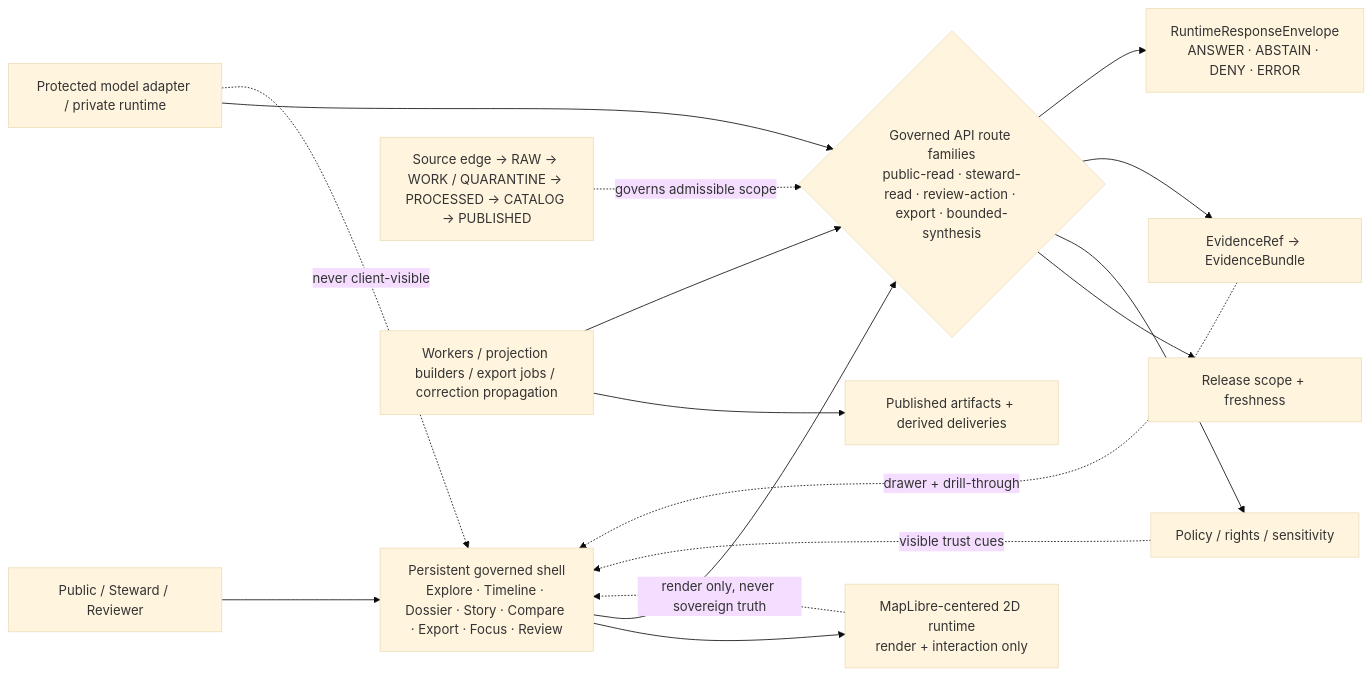
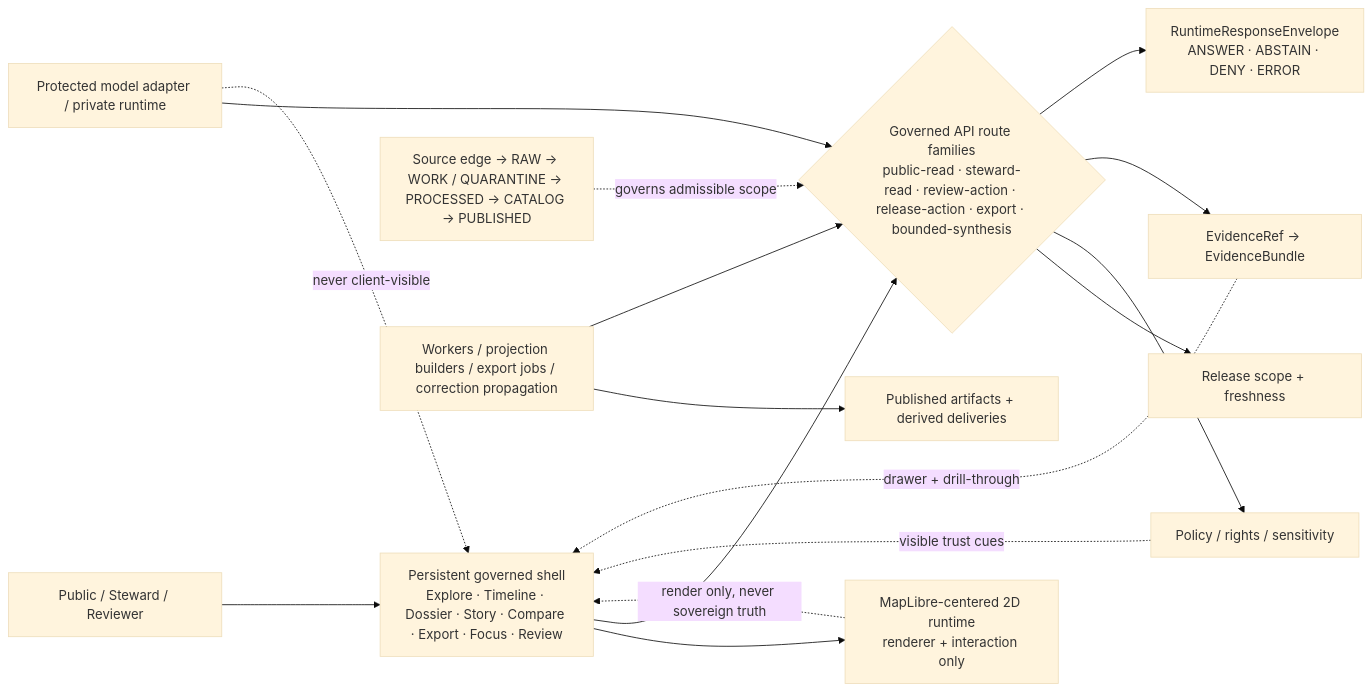
The diagram in apps/README.md (bartytime4life/Kansas-Frontier-Matrix), drawn with Mermaid (base theme) before and after one commit. The commit also changed other lines of this file, not shown here.

````diff
--- a/apps/README.md
+++ b/apps/README.md
@@ -327,23 +359,23 @@
 ```mermaid
 flowchart LR
     User[Public / Steward / Reviewer] --> Shell[Persistent governed shell<br/>Explore · Timeline · Dossier · Story · Compare · Export · Focus · Review]
 
-    Shell --> MapRuntime[MapLibre-centered 2D runtime<br/>render + interaction only]
-    Shell --> API{Governed API route families<br/>public-read · steward-read · review-action · export · bounded-synthesis}
+    Shell --> MapRuntime[MapLibre-centered 2D runtime<br/>renderer + interaction only]
+    Shell --> API{Governed API route families<br/>public-read · steward-read · review-action · release-action · export · bounded-synthesis}
 
     API --> Release[Release scope + freshness]
     API --> Policy[Policy / rights / sensitivity]
     API --> Evidence[EvidenceRef → EvidenceBundle]
     API --> Runtime[RuntimeResponseEnvelope<br/>ANSWER · ABSTAIN · DENY · ERROR]
 
     Canonical[Source edge → RAW → WORK / QUARANTINE → PROCESSED → CATALOG → PUBLISHED] -. governs admissible scope .-> API
     Workers[Workers / projection builders / export jobs / correction propagation] --> Published[Published artifacts + derived deliveries]
     Workers --> API
 
     Model[Protected model adapter / private runtime] --> API
     Model -. never client-visible .-> Shell
 
     MapRuntime -. render only, never sovereign truth .-> Shell
     Evidence -. drawer + drill-through .-> Shell
     Policy -. visible trust cues .-> Shell
 ```
````
